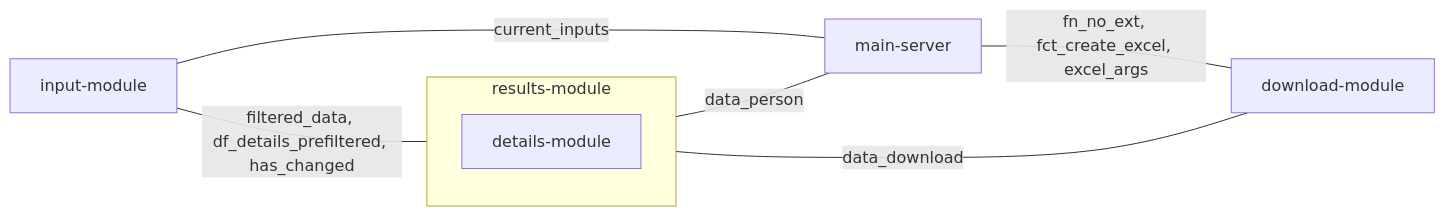
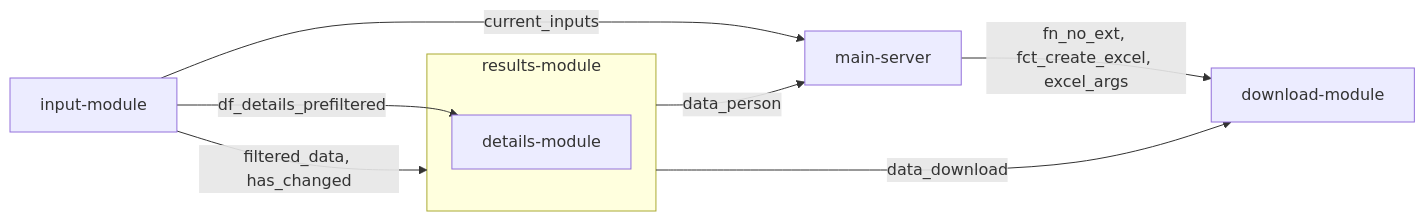
The diagram in README.md (StatistikStadtZuerich/kali-tool), drawn with Mermaid before and after one commit. The commit also changed other lines of this file, not shown here.

Commit message:
describe modules

````diff
--- a/README.md
+++ b/README.md
@@ -24,11 +29,12 @@
 ```mermaid
 flowchart LR;
-  input-module-- filtered_data, df_details_prefiltered, has_changed ---results-module
-  input-module-- current_inputs ---main-server
-  main-server-- fn_no_ext, fct_create_excel, excel_args ---download-module
-  results-module-- data_download ---download-module
-  results-module-- data_person ---main-server
+  input-module-- filtered_data, has_changed -->results-module
+  input-module-- current_inputs -->main-server
+  main-server-- fn_no_ext, fct_create_excel, excel_args -->download-module
+  results-module-- data_download -->download-module
+  results-module-- data_person -->main-server
   subgraph results-module
   details-module
   end
+  input-module-- df_details_prefiltered -->details-module
 ```
````
